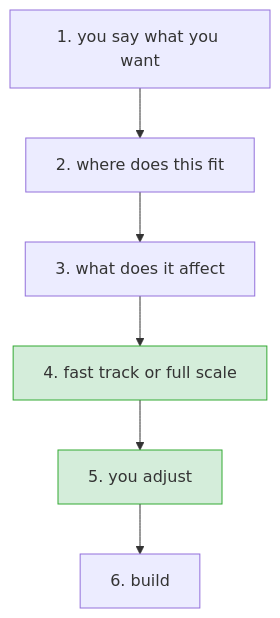
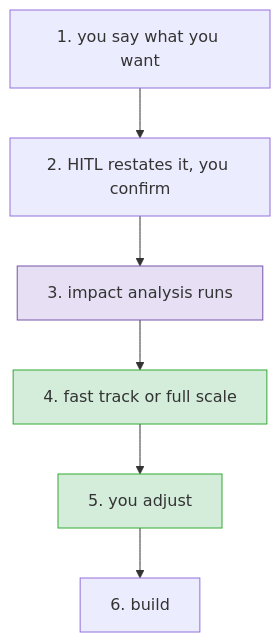
Before and after one commit to Prasad-Apparaju/hitl-dev-platform: the diagram in docs/design/right-sizing/01-design.md, drawn with Mermaid. The commit also changed other lines of this file, not shown here.

````diff
--- a/docs/design/right-sizing/01-design.md
+++ b/docs/design/right-sizing/01-design.md
@@ -7,10 +7,12 @@
 ```mermaid
 flowchart TB
-  A["1. you say what you want"] --> B["2. where does this fit"]
-  B --> C["3. what does it affect"]
+  A["1. you say what you want"] --> B["2. HITL restates it, you confirm"]
+  B --> C["3. impact analysis runs"]
   C --> D["4. fast track or full scale"]
   D --> E["5. you adjust"]
   E --> F["6. build"]
   classDef pick fill:#d4edda,stroke:#3a3
+  classDef gen fill:#e7e0f5,stroke:#75a
   class D,E pick
+  class C gen
 ```
````
